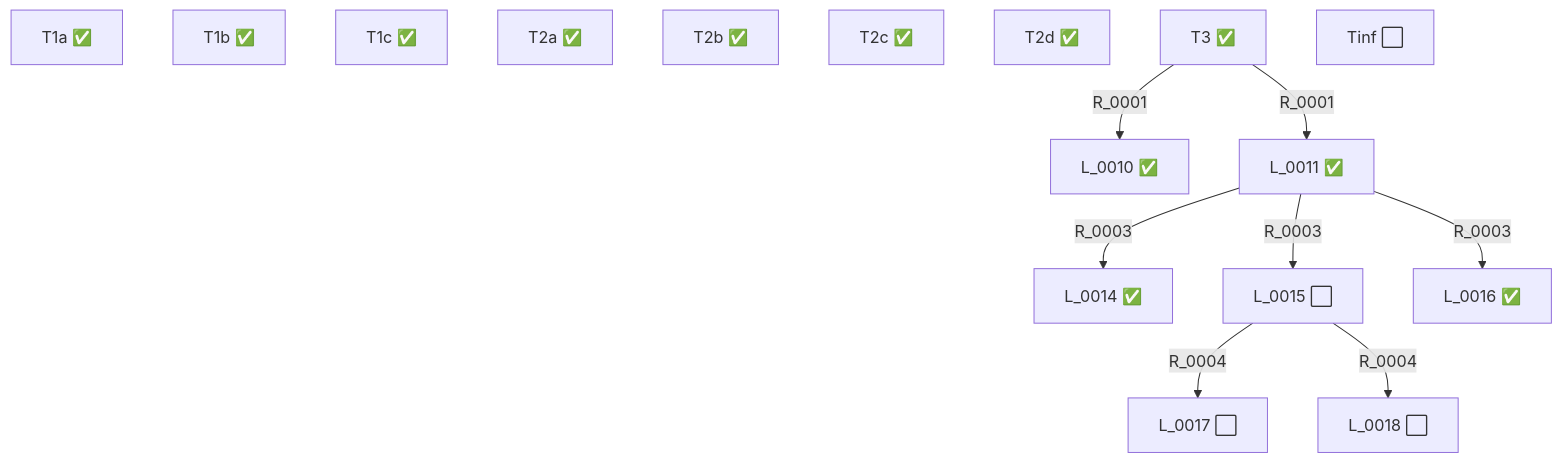
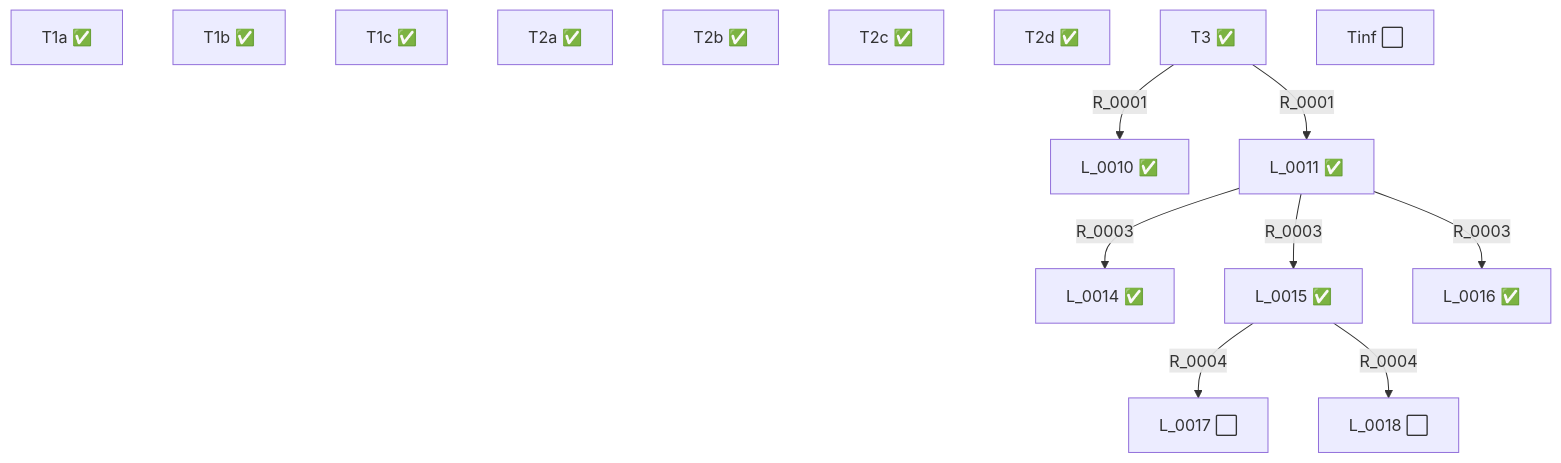
The diagram in STATUS.md (ruca-maths/nickel), drawn with Mermaid before and after one commit. The commit also changed other lines of this file and 2 other files, not shown here.

````diff
--- a/STATUS.md
+++ b/STATUS.md
@@ -34,26 +34,26 @@
 ```mermaid
 graph TD
   L_0001["T1a ✅"]
   L_0002["T1b ✅"]
   L_0003["T1c ✅"]
   L_0004["T2a ✅"]
   L_0005["T2b ✅"]
   L_0006["T2c ✅"]
   L_0007["T2d ✅"]
   L_0008["T3 ✅"]
   L_0009["Tinf ⬜"]
   L_0010["L_0010 ✅"]
   L_0011["L_0011 ✅"]
   L_0014["L_0014 ✅"]
-  L_0015["L_0015 ⬜"]
+  L_0015["L_0015 ✅"]
   L_0016["L_0016 ✅"]
   L_0017["L_0017 ⬜"]
   L_0018["L_0018 ⬜"]
   L_0008 -->|R_0001| L_0010
   L_0008 -->|R_0001| L_0011
   L_0011 -->|R_0003| L_0014
   L_0011 -->|R_0003| L_0015
   L_0011 -->|R_0003| L_0016
   L_0015 -->|R_0004| L_0017
   L_0015 -->|R_0004| L_0018
 ```
````
